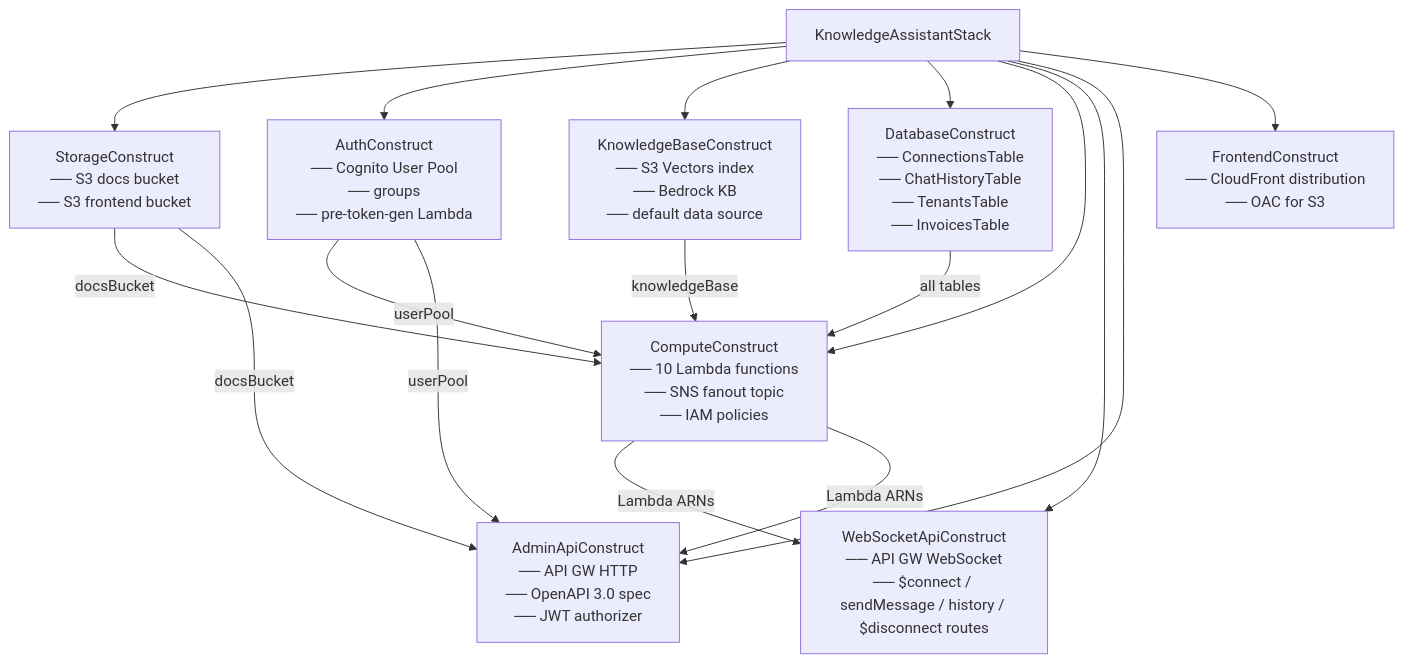
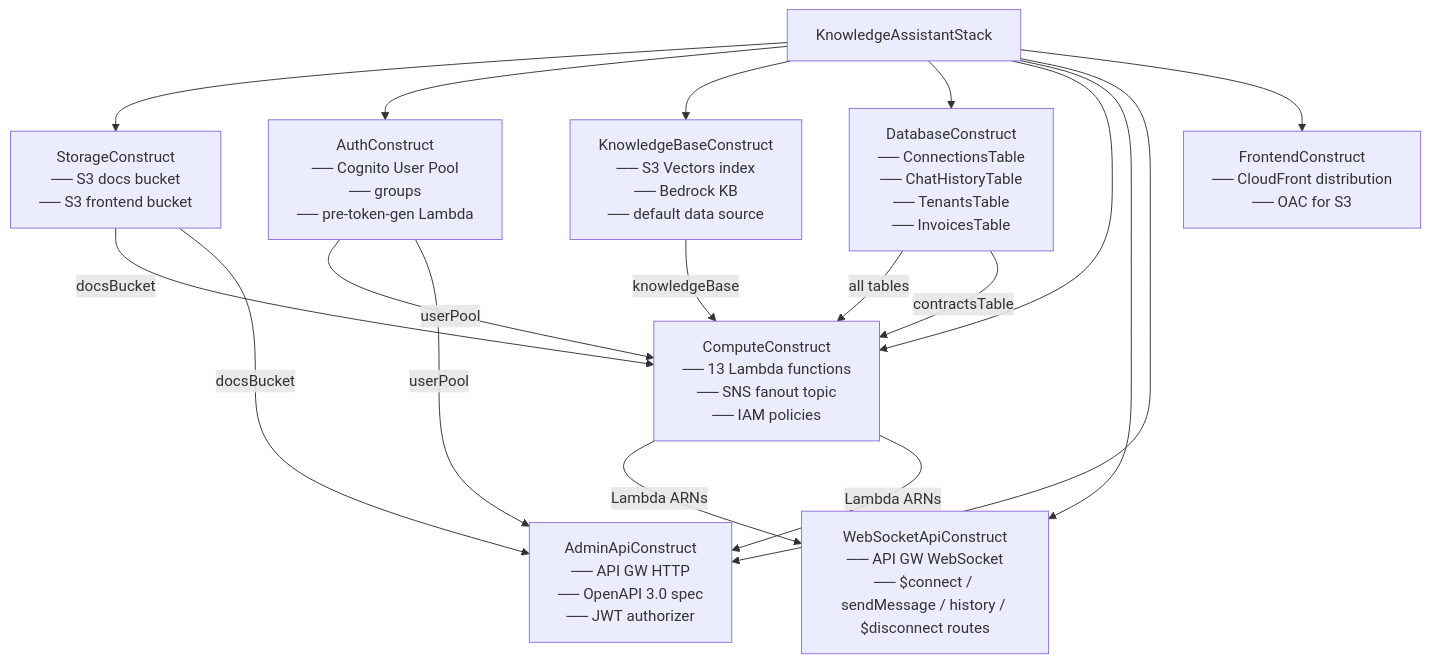
The fourth of 5 diagrams in docs/architecture.md (effectivegenie/knowledge-assistant), drawn with Mermaid before and after one commit. The commit also changed other lines of this file and 21 other files, not shown here.

````diff
--- a/docs/architecture.md
+++ b/docs/architecture.md
@@ -140,22 +151,23 @@
 ```mermaid
 graph TD
     Stack["KnowledgeAssistantStack"]
 
     Stack --> Storage["StorageConstruct\n── S3 docs bucket\n── S3 frontend bucket"]
     Stack --> Auth["AuthConstruct\n── Cognito User Pool\n── groups\n── pre-token-gen Lambda"]
     Stack --> KB["KnowledgeBaseConstruct\n── S3 Vectors index\n── Bedrock KB\n── default data source"]
     Stack --> DB["DatabaseConstruct\n── ConnectionsTable\n── ChatHistoryTable\n── TenantsTable\n── InvoicesTable"]
-    Stack --> Compute["ComputeConstruct\n── 10 Lambda functions\n── SNS fanout topic\n── IAM policies"]
+    Stack --> Compute["ComputeConstruct\n── 13 Lambda functions\n── SNS fanout topic\n── IAM policies"]
     Stack --> WS["WebSocketApiConstruct\n── API GW WebSocket\n── $connect / sendMessage / history / $disconnect routes"]
     Stack --> API["AdminApiConstruct\n── API GW HTTP\n── OpenAPI 3.0 spec\n── JWT authorizer"]
     Stack --> FE["FrontendConstruct\n── CloudFront distribution\n── OAC for S3"]
 
     Storage -->|docsBucket| Compute
     Storage -->|docsBucket| API
     Auth -->|userPool| Compute
     Auth -->|userPool| API
     KB -->|knowledgeBase| Compute
     DB -->|all tables| Compute
+    DB -->|contractsTable| Compute
     Compute -->|Lambda ARNs| WS
     Compute -->|Lambda ARNs| API
 ```
````
